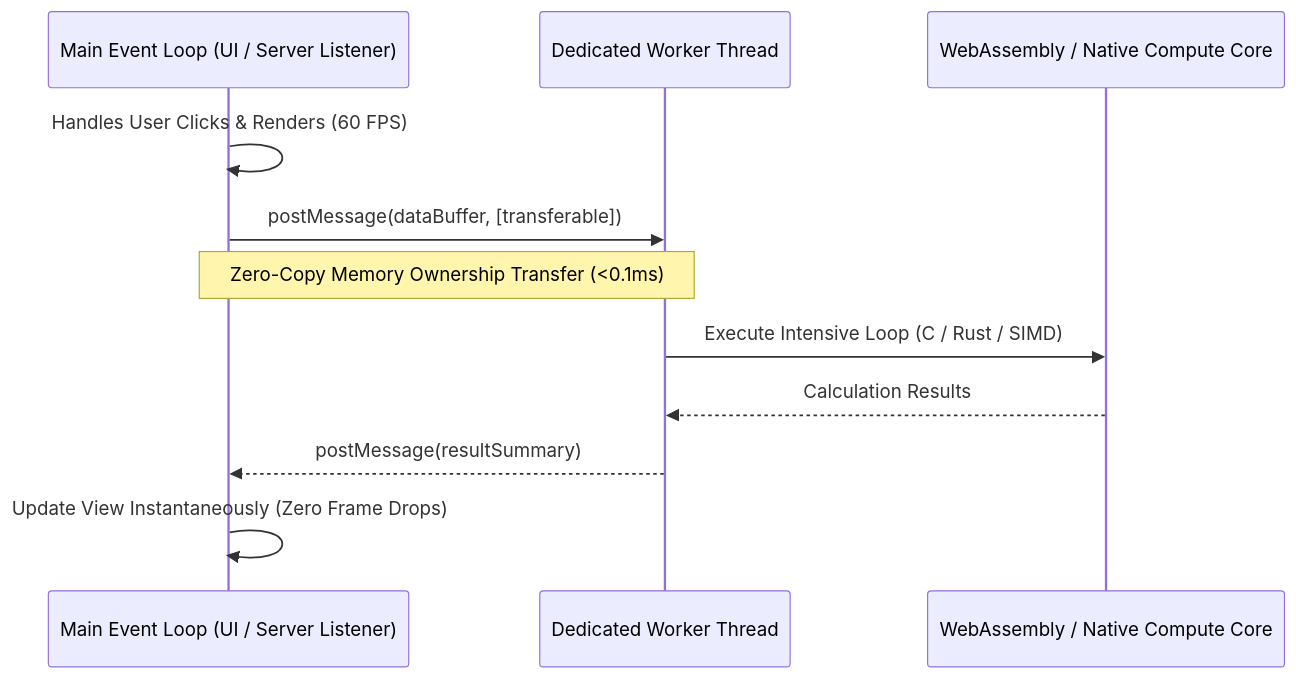
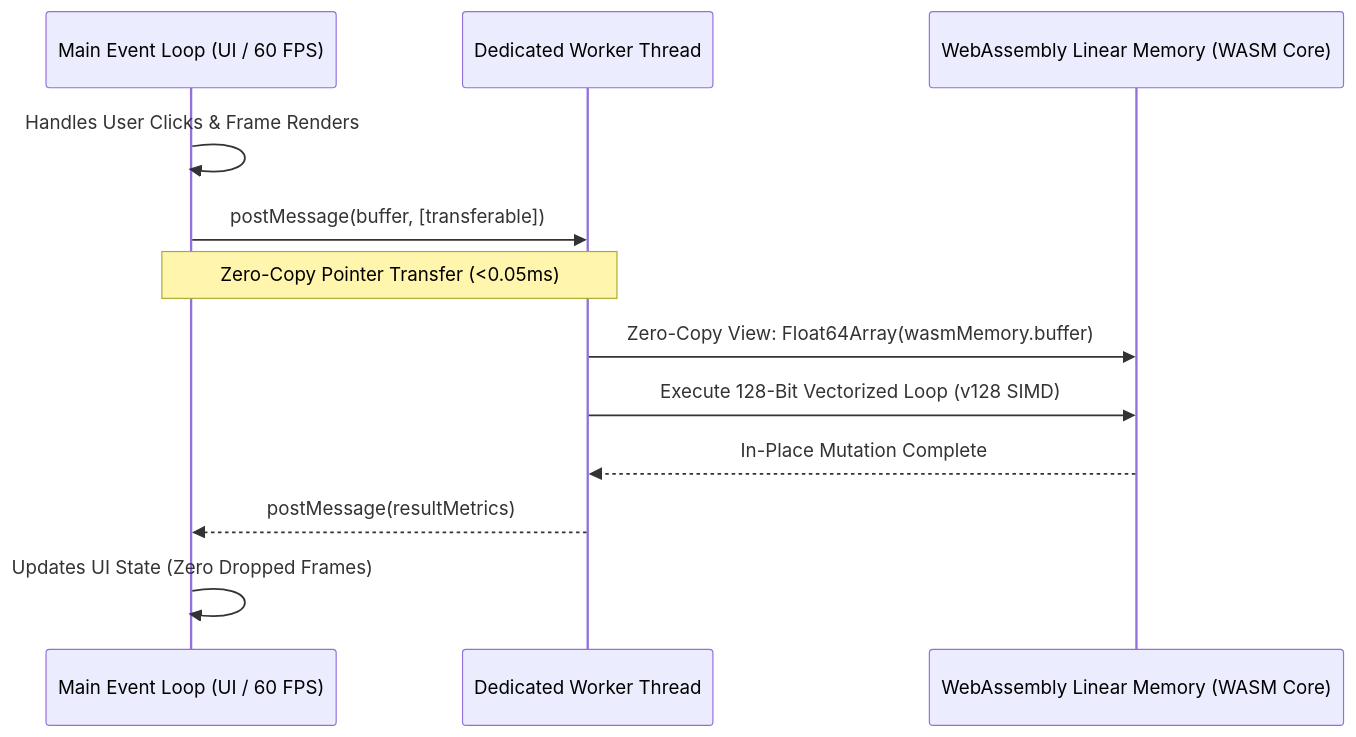
Before and after one commit to MasterZ1311/Dev-AURA: the first of 2 diagrams in docs/engineering-principles/04-client-side-heavy-compute-and-wasm/memory-and-worker-concurrency.md, drawn with Mermaid. The commit also changed other lines of this file and 48 other files, not shown here.

````diff
--- a/docs/engineering-principles/04-client-side-heavy-compute-and-wasm/memory-and-worker-concurrency.md
+++ b/docs/engineering-principles/04-client-side-heavy-compute-and-wasm/memory-and-worker-concurrency.md
@@ -36,14 +40,15 @@
 ```mermaid
 sequenceDiagram
-    participant Main as Main Event Loop (UI / Server Listener)
+    participant Main as Main Event Loop (UI / 60 FPS)
     participant Worker as Dedicated Worker Thread
-    participant WASM as WebAssembly / Native Compute Core
+    participant WASM as WebAssembly Linear Memory (WASM Core)
 
-    Main->>Main: Handles User Clicks & Renders (60 FPS)
-    Main->>Worker: postMessage(dataBuffer, [transferable])
-    Note over Main,Worker: Zero-Copy Memory Ownership Transfer (<0.1ms)
-    Worker->>WASM: Execute Intensive Loop (C / Rust / SIMD)
-    WASM-->>Worker: Calculation Results
-    Worker-->>Main: postMessage(resultSummary)
-    Main->>Main: Update View Instantaneously (Zero Frame Drops)
+    Main->>Main: Handles User Clicks & Frame Renders
+    Main->>Worker: postMessage(buffer, [transferable])
+    Note over Main,Worker: Zero-Copy Pointer Transfer (<0.05ms)
+    Worker->>WASM: Zero-Copy View: Float64Array(wasmMemory.buffer)
+    Worker->>WASM: Execute 128-Bit Vectorized Loop (v128 SIMD)
+    WASM-->>Worker: In-Place Mutation Complete
+    Worker-->>Main: postMessage(resultMetrics)
+    Main->>Main: Updates UI State (Zero Dropped Frames)
 ```
````
